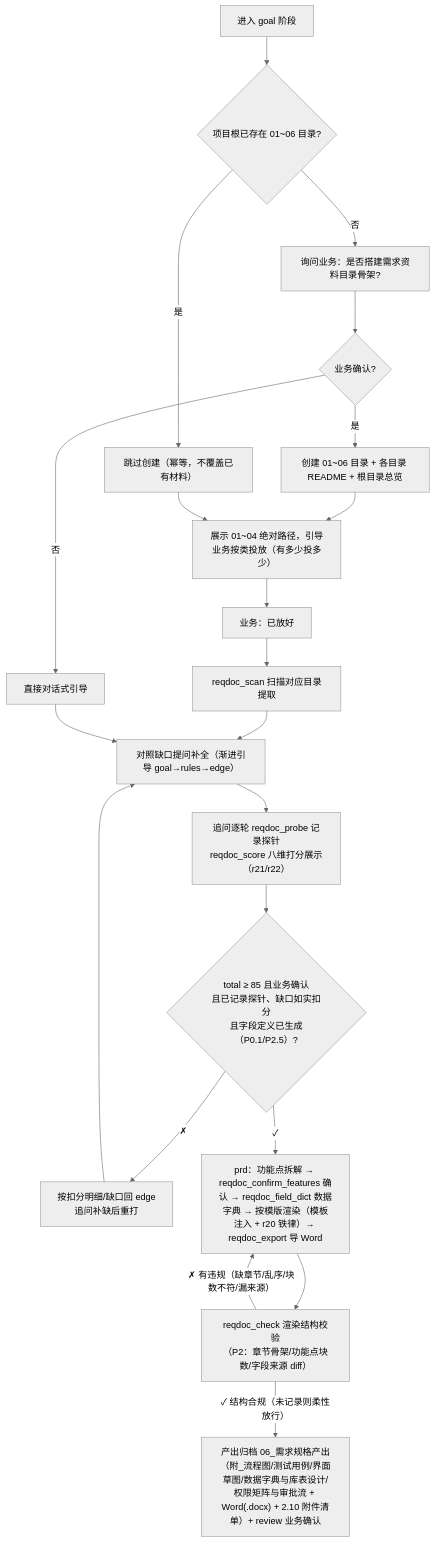
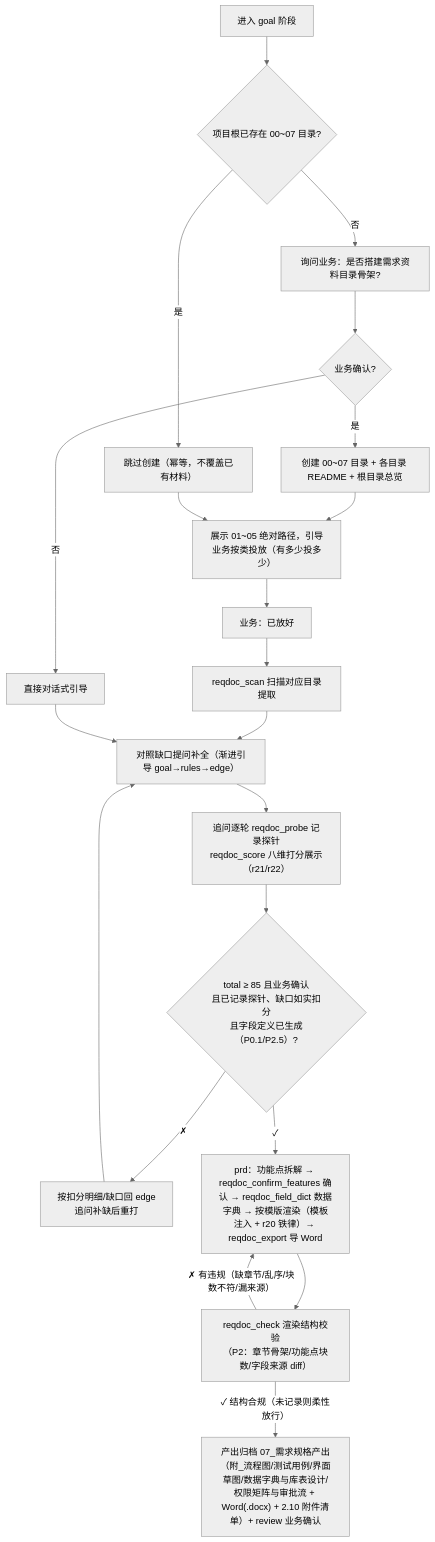
Before and after one commit to wonglaitung/opencode: the third of 4 diagrams in opencode-session-mgmt/docs/workflow-reqdoc.md, drawn with Mermaid (neutral theme). The commit also changed other lines of this file and 37 other files, not shown here.

````diff
--- a/opencode-session-mgmt/docs/workflow-reqdoc.md
+++ b/opencode-session-mgmt/docs/workflow-reqdoc.md
@@ -126,23 +128,23 @@
 ```mermaid
 flowchart TD
-    A["进入 goal 阶段"] --> B{"项目根已存在 01~06 目录?"}
+    A["进入 goal 阶段"] --> B{"项目根已存在 00~07 目录?"}
     B -- "否" --> C["询问业务：是否搭建需求资料目录骨架?"]
     C --> D{"业务确认?"}
-    D -- "是" --> E["创建 01~06 目录 + 各目录 README + 根目录总览"]
+    D -- "是" --> E["创建 00~07 目录 + 各目录 README + 根目录总览"]
     D -- "否" --> F["直接对话式引导"]
     B -- "是" --> G["跳过创建（幂等，不覆盖已有材料）"]
-    E --> H["展示 01~04 绝对路径，引导业务按类投放（有多少投多少）"]
+    E --> H["展示 01~05 绝对路径，引导业务按类投放（有多少投多少）"]
     G --> H
     H --> I["业务：已放好"]
     I --> J["reqdoc_scan 扫描对应目录提取"]
     J --> K["对照缺口提问补全（渐进引导 goal→rules→edge）"]
     F --> K
     K --> S["追问逐轮 reqdoc_probe 记录探针<br/>reqdoc_score 八维打分展示（r21/r22）"]
     S --> SG{"total ≥ 85 且业务确认<br/>且已记录探针、缺口如实扣分<br/>且字段定义已生成（P0.1/P2.5）?"}
     SG -->|"✗"| K2["按扣分明细/缺口回 edge<br/>追问补缺后重打"]
     K2 --> K
     SG -->|"✓"| L["prd：功能点拆解 → reqdoc_confirm_features 确认 → reqdoc_field_dict 数据字典 → 按模版渲染（模板注入 + r20 铁律）→ reqdoc_export 导 Word"]
     L --> L2["reqdoc_check 渲染结构校验<br/>（P2：章节骨架/功能点块数/字段来源 diff）"]
     L2 -->|"✗ 有违规（缺章节/乱序/块数不符/漏来源）"| L
-    L2 -->|"✓ 结构合规（未记录则柔性放行）"| M["产出归档 06_需求规格产出（附_流程图/测试用例/界面草图/数据字典与库表设计/权限矩阵与审批流 + Word(.docx) + 2.10 附件清单）+ review 业务确认"]
+    L2 -->|"✓ 结构合规（未记录则柔性放行）"| M["产出归档 07_需求规格产出（附_流程图/测试用例/界面草图/数据字典与库表设计/权限矩阵与审批流 + Word(.docx) + 2.10 附件清单）+ review 业务确认"]
 ```
````
